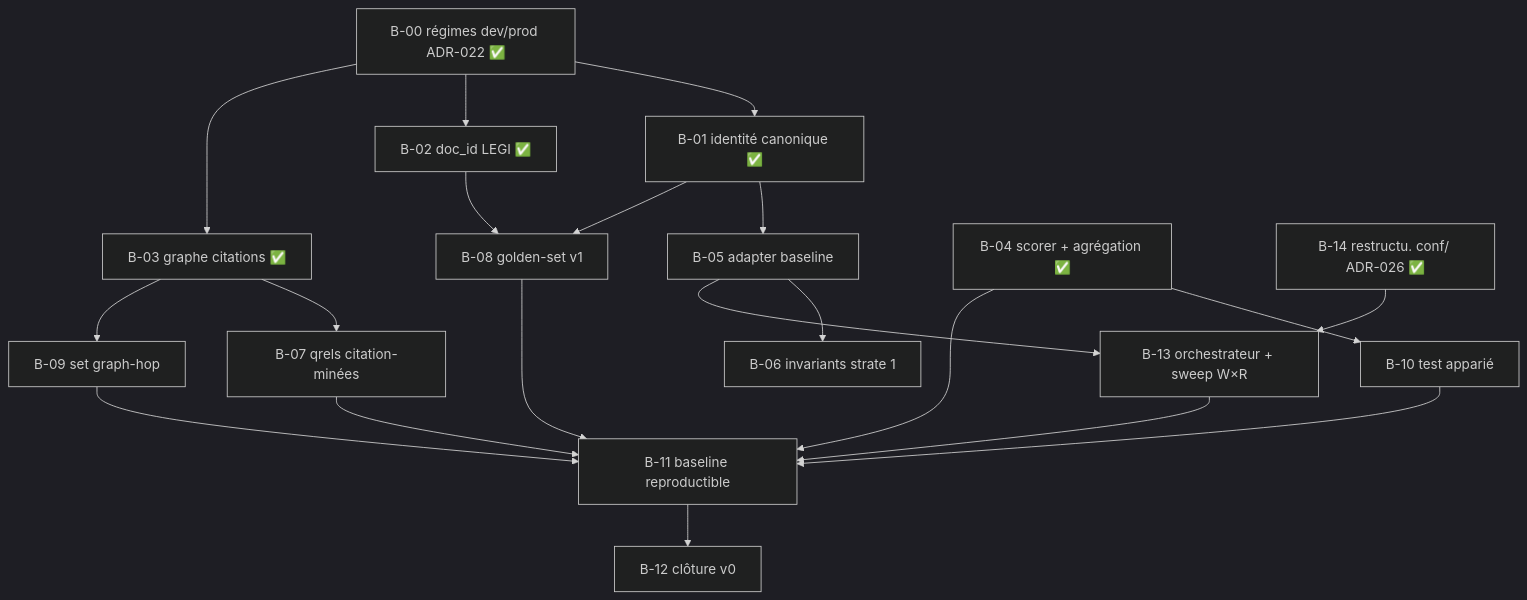
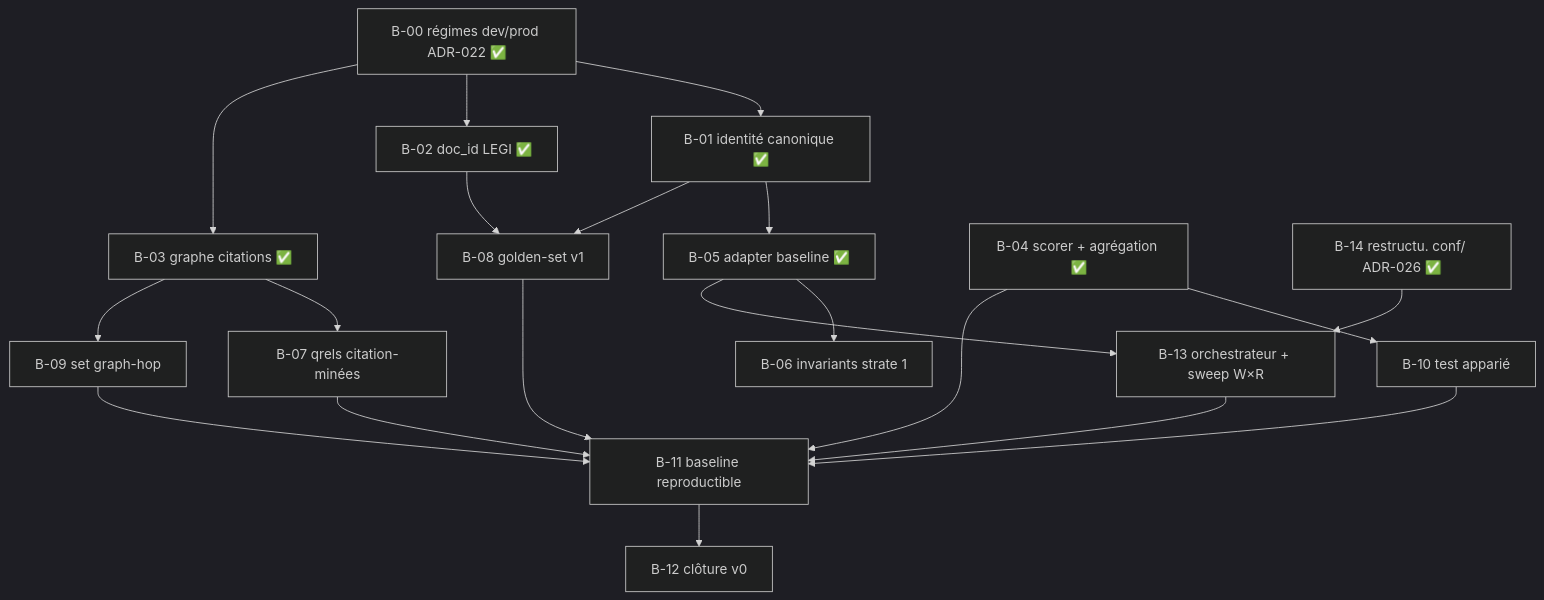
The diagram in docs/pilotage/BACKLOG.md (nmoutou/murphy), drawn with Mermaid (dark theme) before and after one commit. The commit also changed other lines of this file and 19 other files, not shown here.

````diff
--- a/docs/pilotage/BACKLOG.md
+++ b/docs/pilotage/BACKLOG.md
@@ -76,22 +88,22 @@
 ```mermaid
 flowchart TD
     B00[B-00 régimes dev/prod ADR-022 ✅] --> B01[B-01 identité canonique ✅]
     B00 --> B02[B-02 doc_id LEGI ✅]
     B00 --> B03
-    B01 --> B05[B-05 adapter baseline]
+    B01 --> B05[B-05 adapter baseline ✅]
     B01 --> B08[B-08 golden-set v1]
     B02 --> B08
     B03[B-03 graphe citations ✅] --> B07[B-07 qrels citation-minées]
     B03 --> B09[B-09 set graph-hop]
     B04[B-04 scorer + agrégation ✅] --> B10[B-10 test apparié]
     B04 --> B11[B-11 baseline reproductible]
     B05 --> B06[B-06 invariants strate 1]
     B05 --> B13[B-13 orchestrateur + sweep W×R]
     B14[B-14 restructu. conf/ ADR-026 ✅] --> B13
     B07 --> B11
     B08 --> B11
     B09 --> B11
     B10 --> B11
     B13 --> B11
     B11 --> B12[B-12 clôture v0]
 ```
````
